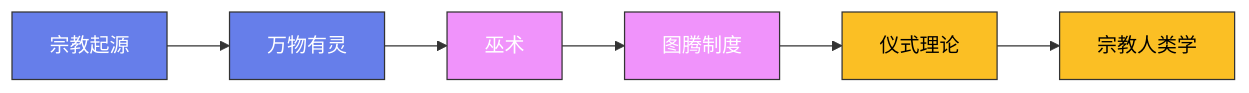
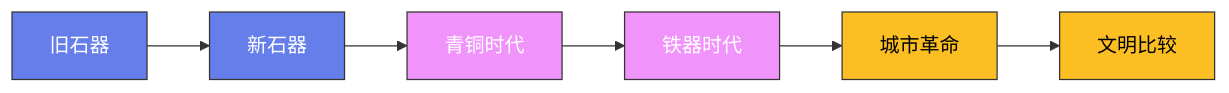
One commit to Fengur/Fengur.github.io changed the diagram in content/posts/ModelCreate/人类学/10-医学人类学.md. Above: the diagram before and after it, drawn with Mermaid. The commit also changed other lines of this file and 118 other files, not shown here.

````diff
--- a/content/posts/ModelCreate/人类学/10-医学人类学.md
+++ b/content/posts/ModelCreate/人类学/10-医学人类学.md
@@ -21,16 +20,16 @@
 ```mermaid
 graph LR
-    A["宗教起源"] --> B["万物有灵"]
-    B --> C["巫术"]
-    C --> D["图腾制度"]
-    D --> E["仪式理论"]
-    E --> F["宗教人类学"]
+    A["旧石器"] --> B["新石器"]
+    B --> C["青铜时代"]
+    C --> D["铁器时代"]
+    D --> E["城市革命"]
+    E --> F["文明比较"]
 
     classDef early fill:#667eea,stroke:#333,color:white
     classDef mid fill:#f093fb,stroke:#333,color:white
     classDef modern fill:#fbbf24,stroke:#333,color:black
 
     class A,B early
     class C,D mid
     class E,F modern
 ```
````
